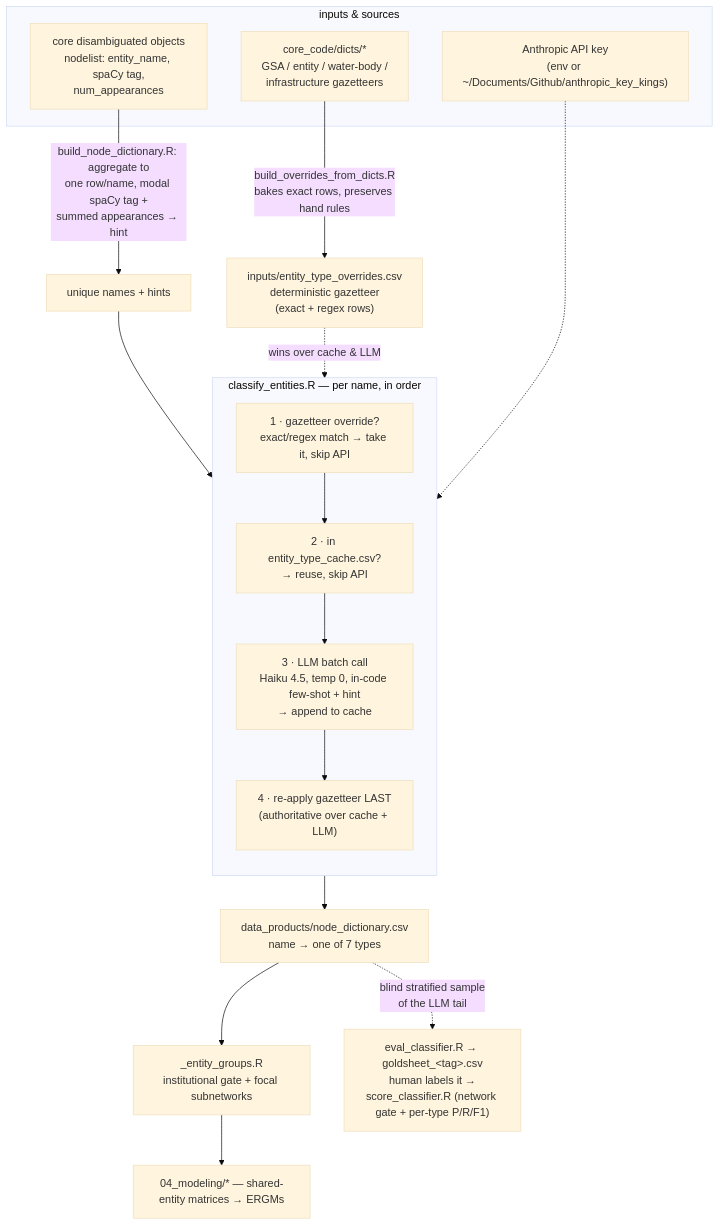
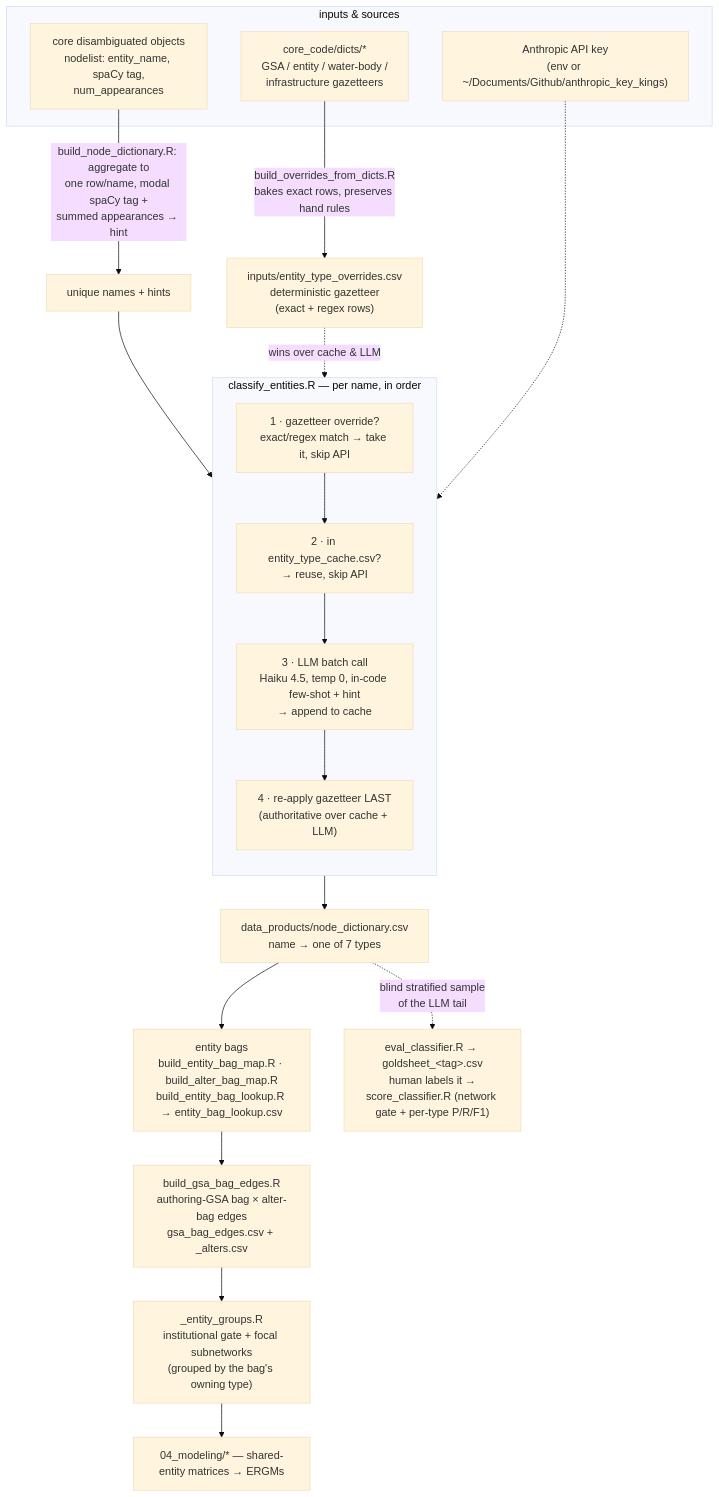
Before and after one commit to ucd-cepb/kings: the diagram in Network_Innovation_Paper/Code/01_entity_classification/ENTITY_TAGGING.md, drawn with Mermaid (base theme). The commit also changed other lines of this file and 17 other files, not shown here.

````diff
--- a/Network_Innovation_Paper/Code/01_entity_classification/ENTITY_TAGGING.md
+++ b/Network_Innovation_Paper/Code/01_entity_classification/ENTITY_TAGGING.md
@@ -57,33 +57,35 @@
 ```mermaid
 flowchart TD
     subgraph inputs["inputs & sources"]
         core["core disambiguated objects<br/>nodelist: entity_name, spaCy tag,<br/>num_appearances"]
         dicts["core_code/dicts/*<br/>GSA / entity / water-body /<br/>infrastructure gazetteers"]
         key["Anthropic API key<br/>(env or ~/Documents/Github/anthropic_key_kings)"]
     end
 
     dicts -->|build_overrides_from_dicts.R<br/>bakes exact rows, preserves hand rules| ov
     ov["inputs/entity_type_overrides.csv<br/>deterministic gazetteer<br/>(exact + regex rows)"]
 
     core -->|build_node_dictionary.R: aggregate to<br/>one row/name, modal spaCy tag +<br/>summed appearances → hint| agg["unique names + hints"]
 
     agg --> clf
 
     subgraph clf["classify_entities.R — per name, in order"]
         direction TB
         step1["1 · gazetteer override?<br/>exact/regex match → take it, skip API"]
         step2["2 · in entity_type_cache.csv?<br/>→ reuse, skip API"]
         step3["3 · LLM batch call<br/>Haiku 4.5, temp 0, in-code few-shot + hint<br/>→ append to cache"]
         step4["4 · re-apply gazetteer LAST<br/>(authoritative over cache + LLM)"]
         step1 --> step2 --> step3 --> step4
     end
 
     ov -.->|wins over cache & LLM| clf
     key -.-> clf
 
     clf --> nd["data_products/node_dictionary.csv<br/>name → one of 7 types"]
-    nd --> groups["_entity_groups.R<br/>institutional gate + focal subnetworks"]
+    nd --> bags["entity bags<br/>build_entity_bag_map.R · build_alter_bag_map.R<br/>build_entity_bag_lookup.R → entity_bag_lookup.csv"]
+    bags --> edges["build_gsa_bag_edges.R<br/>authoring-GSA bag × alter-bag edges<br/>gsa_bag_edges.csv + _alters.csv"]
+    edges --> groups["_entity_groups.R<br/>institutional gate + focal subnetworks<br/>(grouped by the bag's owning type)"]
     groups --> model["04_modeling/* — shared-entity matrices → ERGMs"]
 
     nd -.->|blind stratified sample<br/>of the LLM tail| eval["eval_classifier.R → goldsheet_&lt;tag&gt;.csv<br/>human labels it →<br/>score_classifier.R (network gate + per-type P/R/F1)"]
 ```
````
